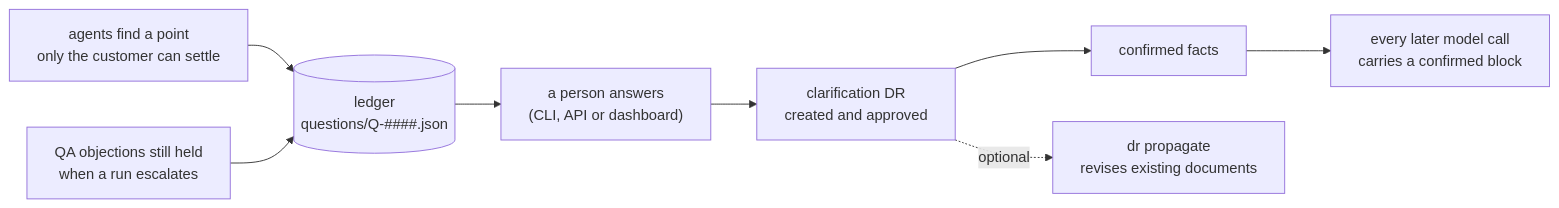
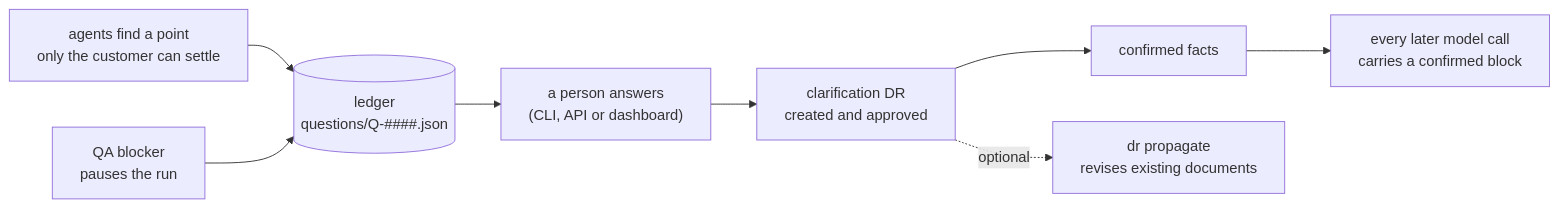
Before and after one commit to thanhpt-25/master-ba: the first of 2 diagrams in docs/architecture/07-customer-questions.md, drawn with Mermaid. The commit also changed other lines of this file and 38 other files, not shown here.

````diff
--- a/docs/architecture/07-customer-questions.md
+++ b/docs/architecture/07-customer-questions.md
@@ -7,10 +7,10 @@
 ```mermaid
 flowchart LR
     A["agents find a point<br/>only the customer can settle"] --> L[("ledger<br/>questions/Q-####.json")]
-    Q["QA objections still held<br/>when a run escalates"] --> L
+    Q["QA blocker<br/>pauses the run"] --> L
     L --> P["a person answers<br/>(CLI, API or dashboard)"]
     P --> D["clarification DR<br/>created and approved"]
     D --> F["confirmed facts"]
     F --> R["every later model call<br/>carries a confirmed block"]
     D -. optional .-> PR["dr propagate<br/>revises existing documents"]
 ```
````
